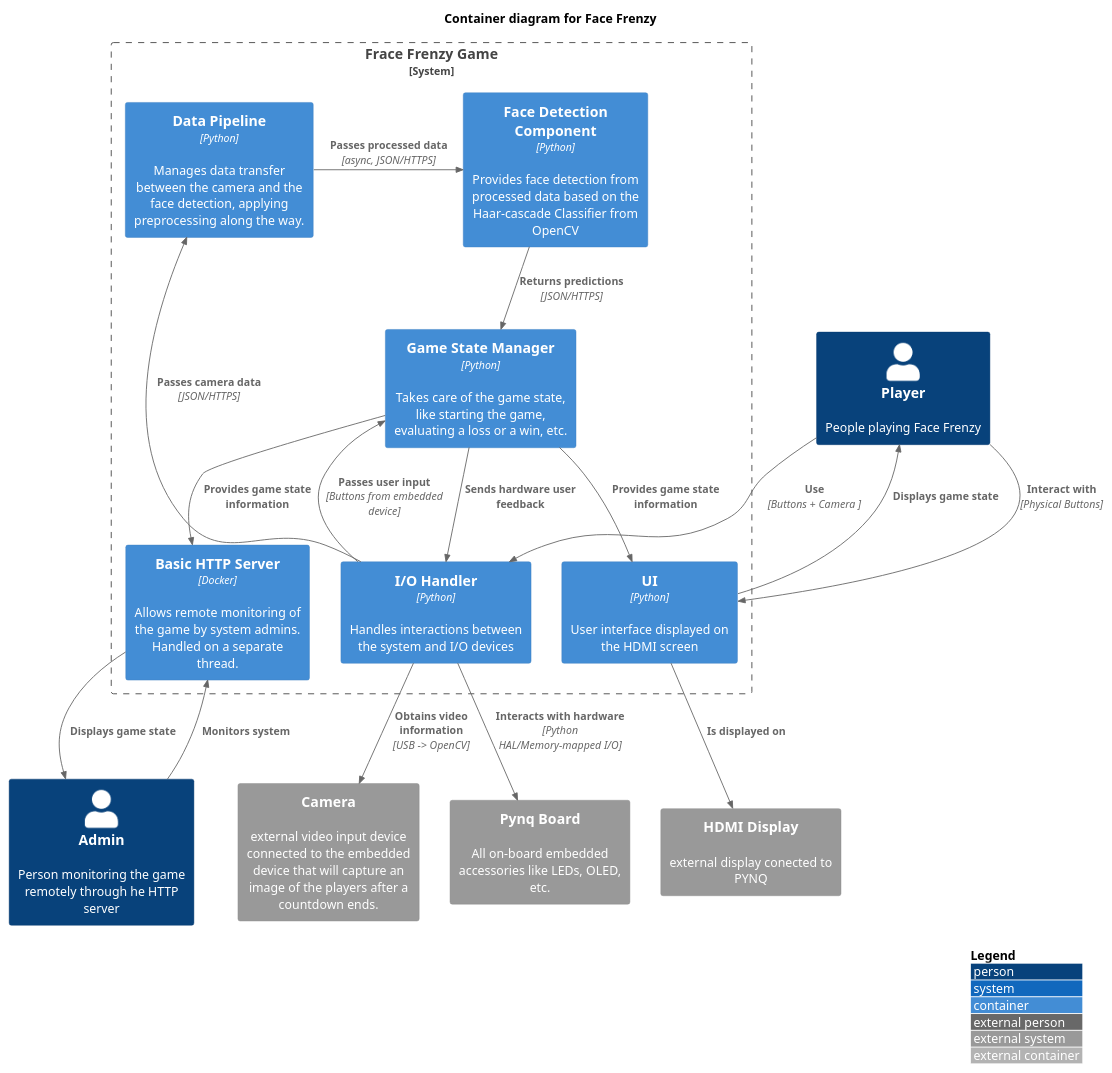
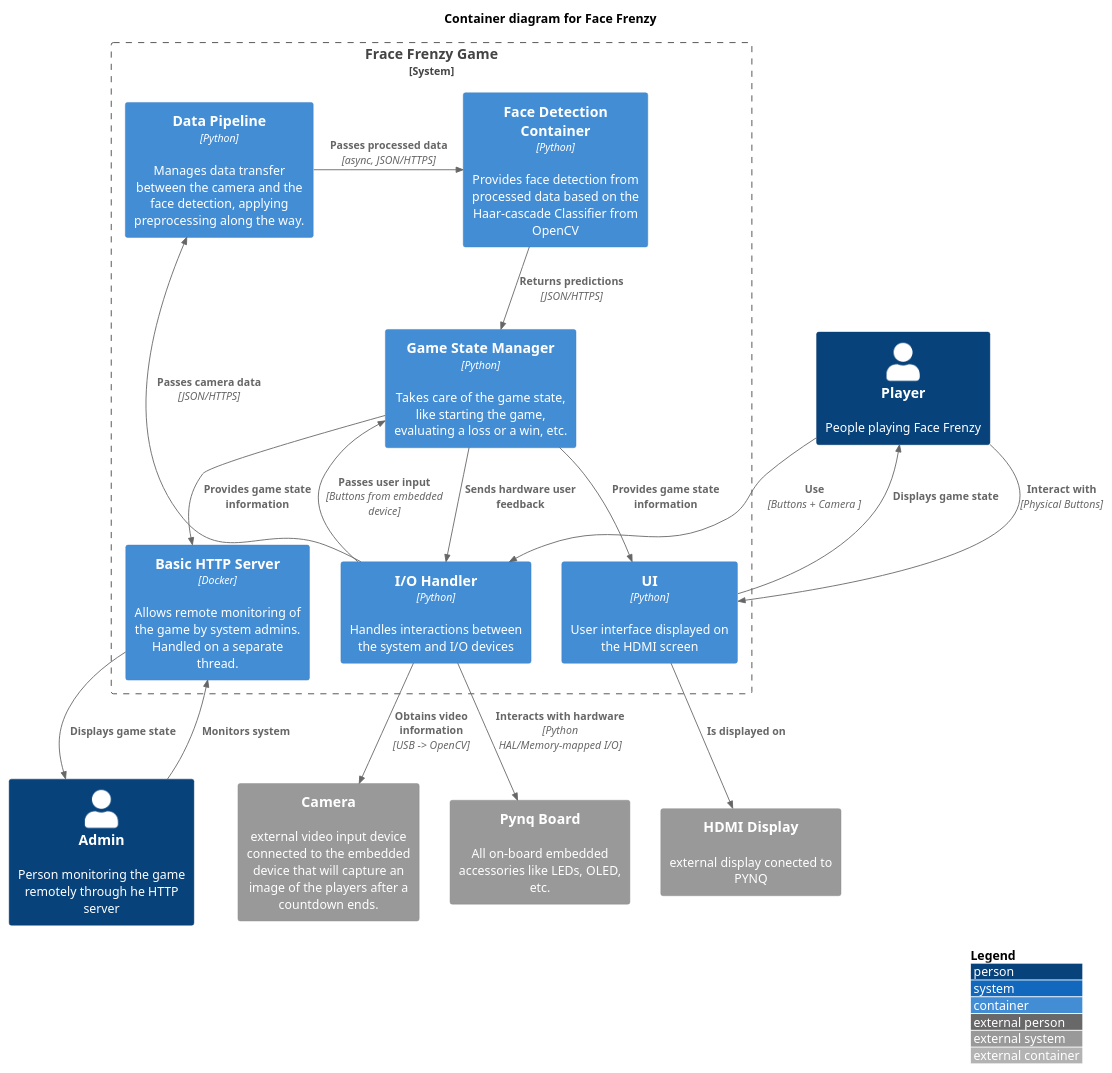
Before and after one commit to Kacper-Grzyb/dse-face-frenzy: the diagram in 1-Class/container.puml, drawn with PlantUML. The commit also changed 3 other files, not shown here.

```diff
--- a/1-Class/container.puml
+++ b/1-Class/container.puml
@@ -1,42 +1,42 @@
 @startuml
 !include https://raw.githubusercontent.com/plantuml-stdlib/C4-PlantUML/master/C4_Container.puml
 
 LAYOUT_WITH_LEGEND()
 
 title Container diagram for Face Frenzy
 
 Person(players, Player, "People playing Face Frenzy")
 Person(admin, Admin, "Person monitoring the game remotely through he HTTP server")
 
 System_Boundary(c1, "Frace Frenzy Game") {
-    Container(face_detection, "Face Detection Component", "Python", "Provides face detection from processed data based on the Haar-cascade Classifier from OpenCV")
+    Container(face_detection, "Face Detection Container", "Python", "Provides face detection from processed data based on the Haar-cascade Classifier from OpenCV")
     Container(ui, "UI", "Python", "User interface displayed on the HDMI screen")
     Container(io_handler, "I/O Handler", "Python", "Handles interactions between the system and I/O devices")
     Container(game_manager, "Game State Manager", "Python", "Takes care of the game state, like starting the game, evaluating a loss or a win, etc.")
     Container(server, "Basic HTTP Server", "Docker", "Allows remote monitoring of the game by system admins. Handled on a separate thread.")
     Container(pipeline, "Data Pipeline", "Python", "Manages data transfer between the camera and the face detection, applying preprocessing along the way.")
 }
 
 System_Ext(camera, "Camera", "external video input device connected to the embedded device that will capture an image of the players after a countdown ends.")
 System_Ext(pynq, "Pynq Board", "All on-board embedded accessories like LEDs, OLED, etc.")
 System_Ext(display, "HDMI Display", "external display conected to PYNQ")
 
 Rel(players, ui, "Interact with", "Physical Buttons")
 Rel(players, io_handler, "Use", "Buttons + Camera ")
 Rel(io_handler, pynq, "Interacts with hardware", "Python HAL/Memory-mapped I/O")
 Rel(io_handler, camera, "Obtains video information", "USB -> OpenCV")
 Rel(ui, display, "Is displayed on")
 
 Rel(io_handler, pipeline, "Passes camera data", "JSON/HTTPS")
 Rel_Neighbor(pipeline, face_detection, "Passes processed data", "async, JSON/HTTPS")
 Rel(face_detection, game_manager, "Returns predictions", "JSON/HTTPS")
 Rel(ui, players, "Displays game state")
 Rel(io_handler, game_manager, "Passes user input", "Buttons from embedded device")
 Rel(game_manager, io_handler, "Sends hardware user feedback")
 Rel(game_manager, ui, "Provides game state information")
 Rel(game_manager, server, "Provides game state information")
 
 Rel(admin, server, "Monitors system")
 Rel(server, admin, "Displays game state")
 
 @enduml
```
